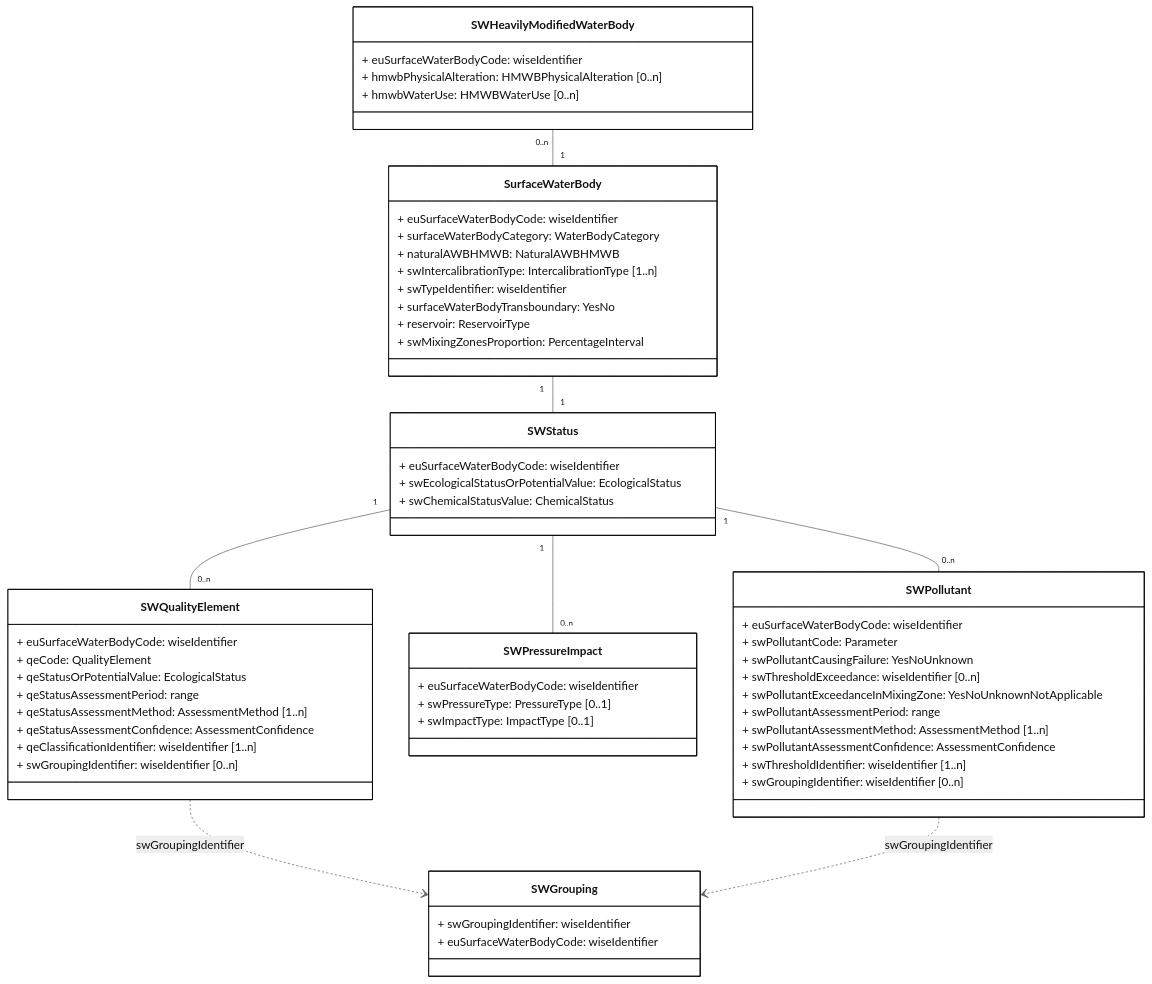
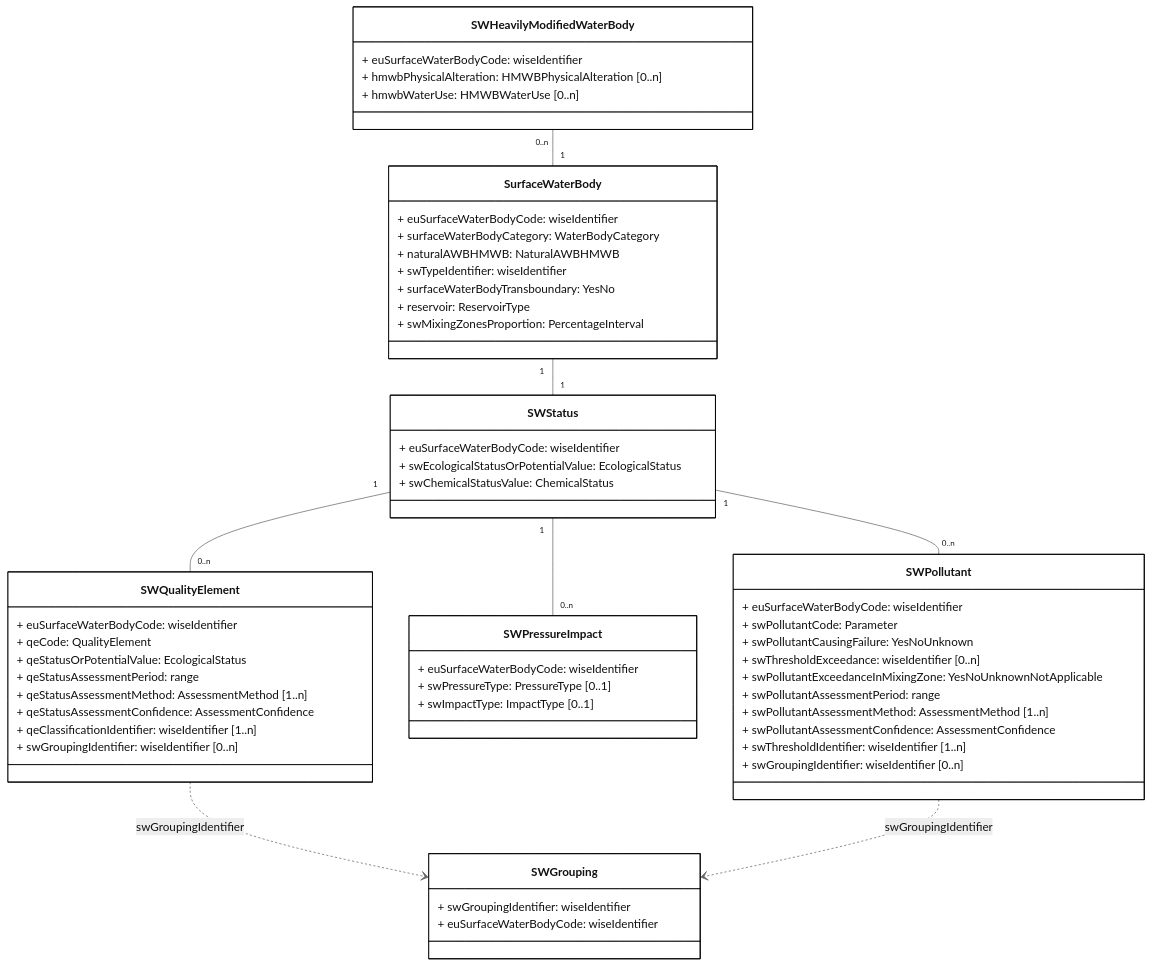
Before and after one commit to eeadata/WISE.WFD.Documentation: the diagram in docs/DataModelReview/mmd/SurfaceWater_4thCycle_DescriptiveData_ClassDiagram.mmd, drawn with Mermaid. The commit also changed 9 other files, not shown here.

```diff
--- a/docs/DataModelReview/mmd/SurfaceWater_4thCycle_DescriptiveData_ClassDiagram.mmd
+++ b/docs/DataModelReview/mmd/SurfaceWater_4thCycle_DescriptiveData_ClassDiagram.mmd
@@ -1,81 +1,80 @@
 ---
 config:
   class:
     hideEmptyMembersBox: true
   layout: dagre
   theme: neutral
 ---
 classDiagram
 direction TB
 
 class SurfaceWaterBody {
     + euSurfaceWaterBodyCode: wiseIdentifier
     + surfaceWaterBodyCategory: WaterBodyCategory
     + naturalAWBHMWB: NaturalAWBHMWB
-    + swIntercalibrationType: IntercalibrationType [1..n]
     + swTypeIdentifier: wiseIdentifier
     + surfaceWaterBodyTransboundary: YesNo
     + reservoir: ReservoirType
     + swMixingZonesProportion: PercentageInterval
 }
 
 class SWStatus {
     + euSurfaceWaterBodyCode: wiseIdentifier
     + swEcologicalStatusOrPotentialValue: EcologicalStatus
     + swChemicalStatusValue: ChemicalStatus
 }
 
 class SWPollutant {
     + euSurfaceWaterBodyCode: wiseIdentifier
     + swPollutantCode: Parameter
     + swPollutantCausingFailure: YesNoUnknown
     + swThresholdExceedance: wiseIdentifier [0..n]
     + swPollutantExceedanceInMixingZone: YesNoUnknownNotApplicable
     
     + swPollutantAssessmentPeriod: range
     + swPollutantAssessmentMethod: AssessmentMethod [1..n]
     + swPollutantAssessmentConfidence: AssessmentConfidence
 
     + swThresholdIdentifier: wiseIdentifier [1..n]
     + swGroupingIdentifier: wiseIdentifier [0..n]
 }
 
 class SWPressureImpact {
     + euSurfaceWaterBodyCode: wiseIdentifier
     + swPressureType: PressureType [0..1]
     + swImpactType: ImpactType  [0..1]
 }
 
 class SWHeavilyModifiedWaterBody {
     + euSurfaceWaterBodyCode: wiseIdentifier
     + hmwbPhysicalAlteration: HMWBPhysicalAlteration [0..n]
     + hmwbWaterUse: HMWBWaterUse [0..n]
 }
 
 class SWQualityElement{
     + euSurfaceWaterBodyCode: wiseIdentifier
     + qeCode: QualityElement
     + qeStatusOrPotentialValue: EcologicalStatus
     + qeStatusAssessmentPeriod: range
     + qeStatusAssessmentMethod: AssessmentMethod [1..n]
     + qeStatusAssessmentConfidence: AssessmentConfidence
     + qeClassificationIdentifier: wiseIdentifier [1..n]
     + swGroupingIdentifier: wiseIdentifier [0..n]
 }
 class SWGrouping{
     + swGroupingIdentifier: wiseIdentifier
     + euSurfaceWaterBodyCode: wiseIdentifier
 }
 
 SWHeavilyModifiedWaterBody "0..n" -- "1" SurfaceWaterBody 
 SurfaceWaterBody "1" -- "1" SWStatus
 SWStatus "1" -- "0..n" SWQualityElement
 SWStatus "1" -- "0..n" SWPressureImpact
 SWStatus "1" -- "0..n" SWPollutant
 
 SWQualityElement ..> SWGrouping: swGroupingIdentifier
 SWPollutant ..> SWGrouping: swGroupingIdentifier
 
 classDef default fill:white,stroke:#000;
 classDef forFixing fill:white,stroke:#f00;
 classDef otherDataset fill:lightyellow,stroke:#000;
```
